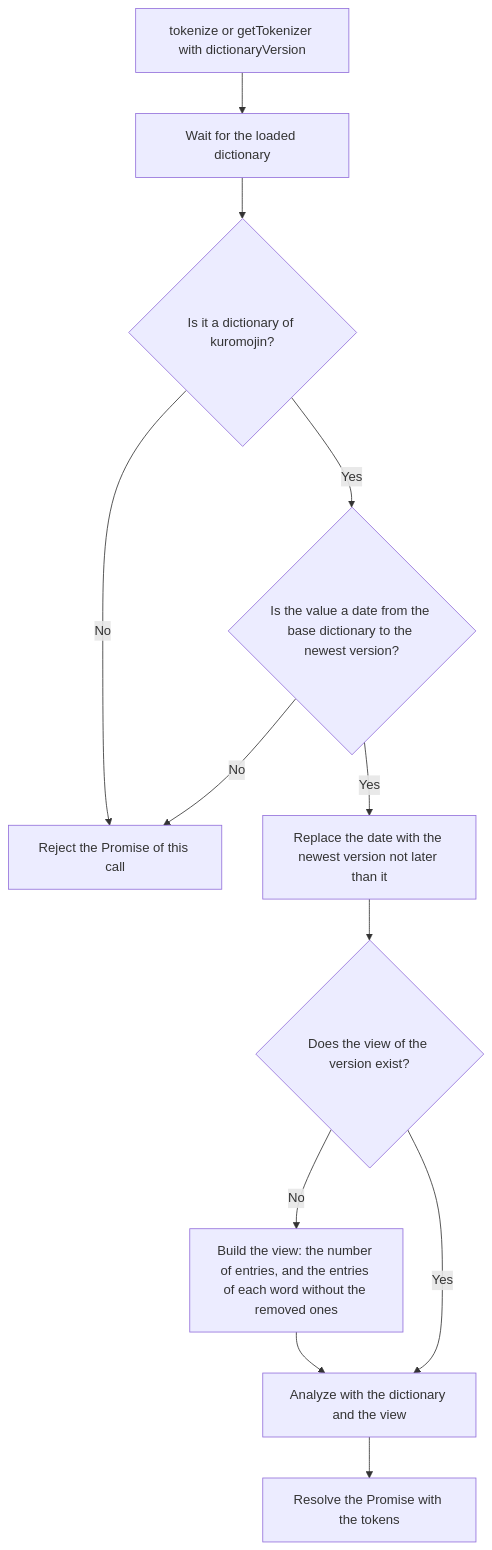
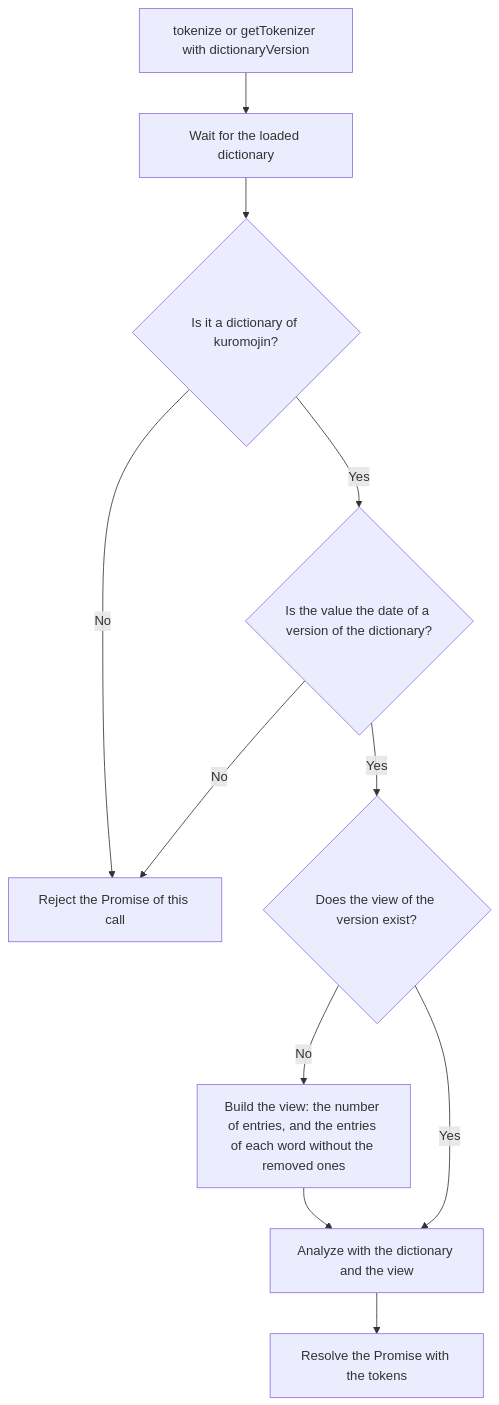
The first of 2 diagrams in docs/products/kuromojin/features/dictionary-versions/design.md (azu/kuromojin), drawn with Mermaid before and after one commit. The commit also changed other lines of this file and 67 other files, not shown here.

````diff
--- a/docs/products/kuromojin/features/dictionary-versions/design.md
+++ b/docs/products/kuromojin/features/dictionary-versions/design.md
@@ -117,14 +117,13 @@
 ```mermaid
 flowchart TD
     call["tokenize or getTokenizer with dictionaryVersion"] --> load["Wait for the loaded dictionary"]
     load --> kind{"Is it a dictionary of kuromojin?"}
     kind -- No --> reject["Reject the Promise of this call"]
-    kind -- Yes --> check{"Is the value a date from the base dictionary to the newest version?"}
+    kind -- Yes --> check{"Is the value the date of a version of the dictionary?"}
     check -- No --> reject
-    check -- Yes --> version["Replace the date with the newest version not later than it"]
-    version --> view{"Does the view of the version exist?"}
+    check -- Yes --> view{"Does the view of the version exist?"}
     view -- No --> build["Build the view: the number of entries, and the entries of each word without the removed ones"]
     build --> analyze["Analyze with the dictionary and the view"]
     view -- Yes --> analyze
     analyze --> tokens["Resolve the Promise with the tokens"]
 ```
````
